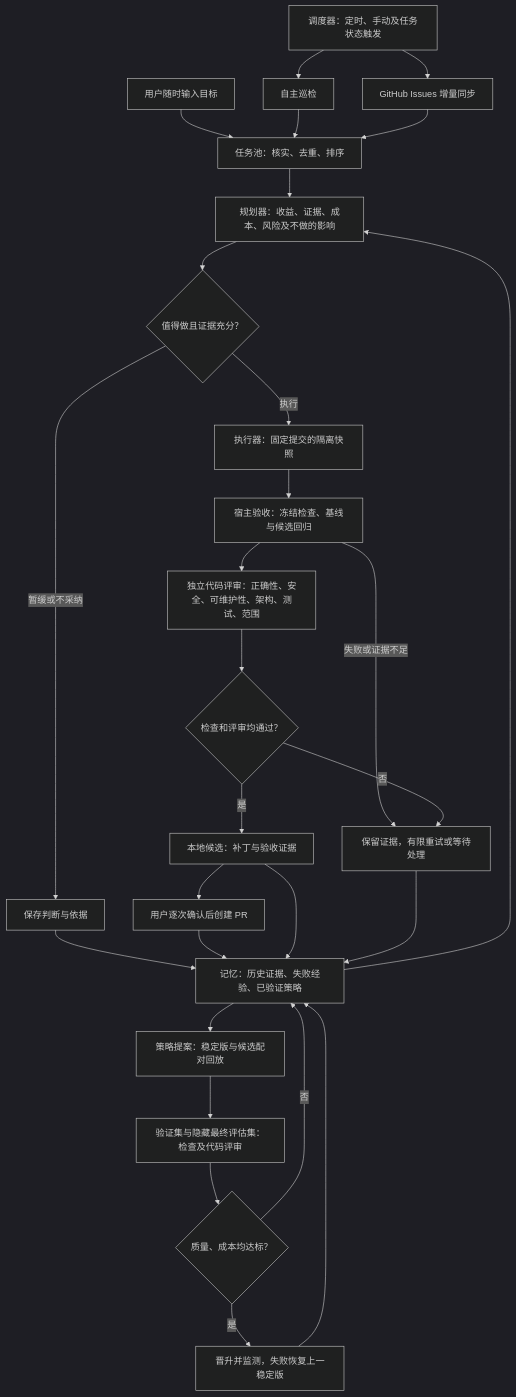
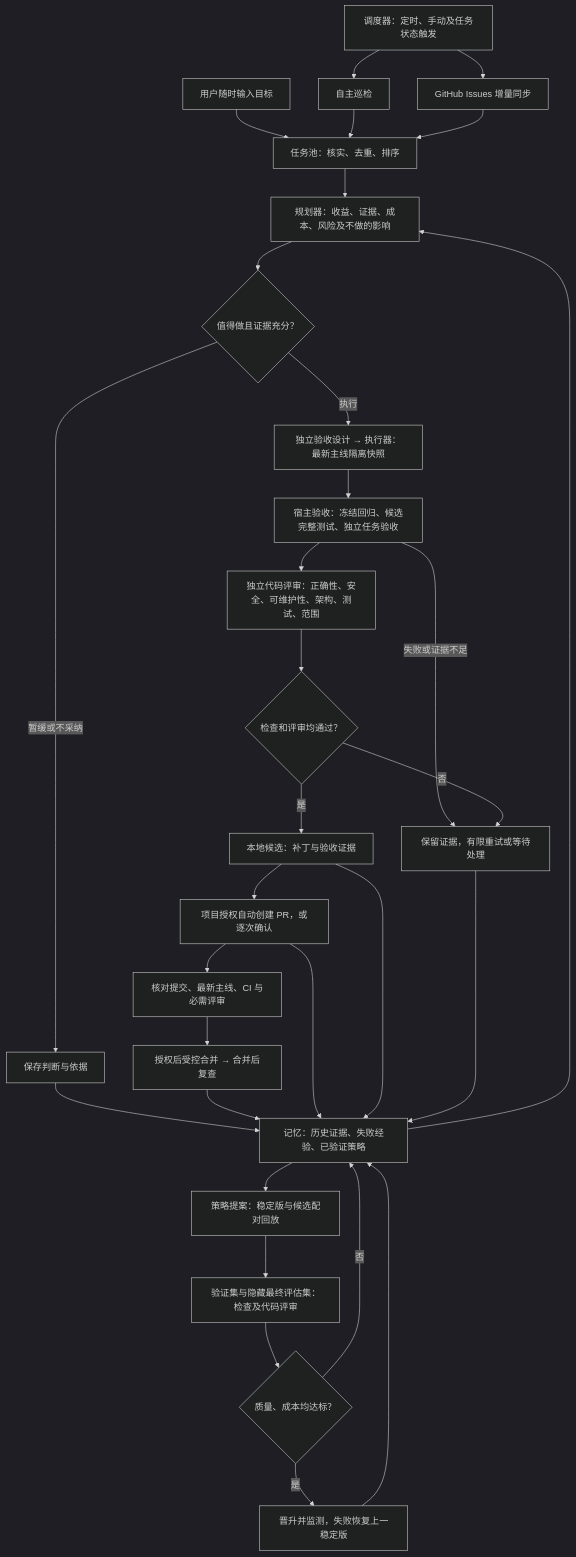
The diagram in README.md (Haoog/Adaptive-RSI), drawn with Mermaid (dark theme) before and after one commit. The commit also changed other lines of this file and 30 other files, not shown here.

````diff
--- a/README.md
+++ b/README.md
@@ -11,30 +11,33 @@
 ```mermaid
 flowchart TD
     S[调度器：定时、手动及任务状态触发] --> I[自主巡检]
     S --> G[GitHub Issues 增量同步]
     U[用户随时输入目标] --> Q[任务池：核实、去重、排序]
     I --> Q
     G --> Q
     M[记忆：历史证据、失败经验、已验证策略] --> P[规划器：收益、证据、成本、风险及不做的影响]
     Q --> P
     P --> B{值得做且证据充分？}
-    B -->|执行| W[执行器：固定提交的隔离快照]
+    B -->|执行| W[独立验收设计 → 执行器：最新主线隔离快照]
     B -->|暂缓或不采纳| Z[保存判断与依据]
     Z --> M
-    W --> T[宿主验收：冻结检查、基线与候选回归]
+    W --> T[宿主验收：冻结回归、候选完整测试、独立任务验收]
     T --> R[独立代码评审：正确性、安全、可维护性、架构、测试、范围]
     R --> D{检查和评审均通过？}
     D -->|是| C[本地候选：补丁与验收证据]
-    C --> A[用户逐次确认后创建 PR]
+    C --> A[项目授权自动创建 PR，或逐次确认]
+    A --> J[核对提交、最新主线、CI 与必需评审]
+    J --> K[授权后受控合并 → 合并后复查]
+    K --> M
     T -->|失败或证据不足| F[保留证据，有限重试或等待处理]
     D -->|否| F
     A --> M
     C --> M
     F --> M
     M --> E[策略提案：稳定版与候选配对回放]
     E --> V[验证集与隐藏最终评估集：检查及代码评审]
     V --> H{质量、成本均达标？}
     H -->|是| N[晋升并监测，失败恢复上一稳定版]
     H -->|否| M
     N --> M
 ```
````
